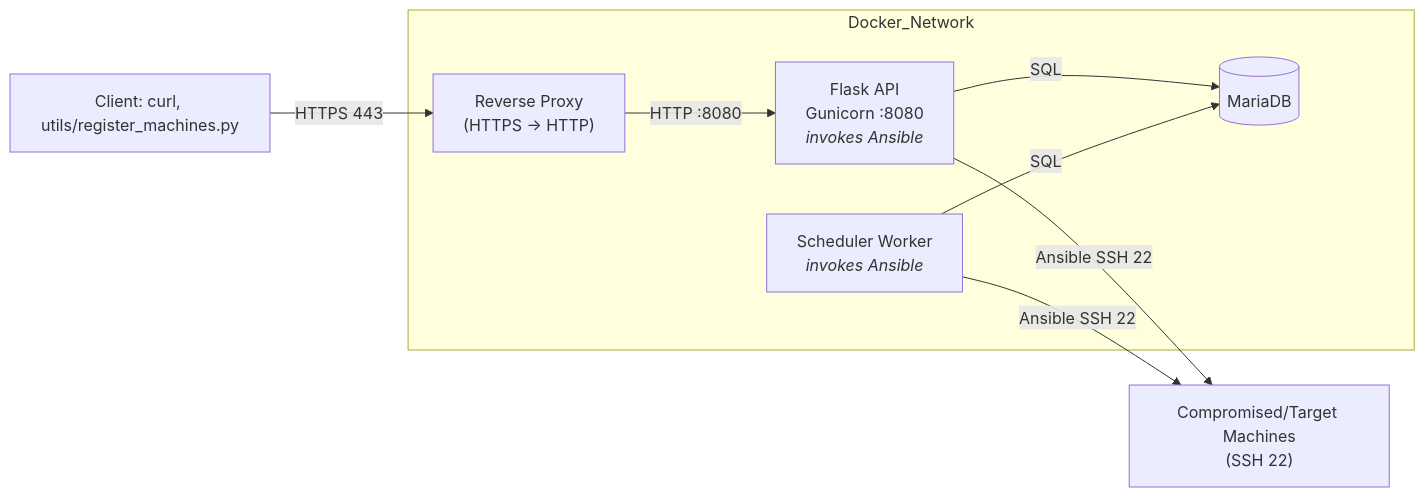
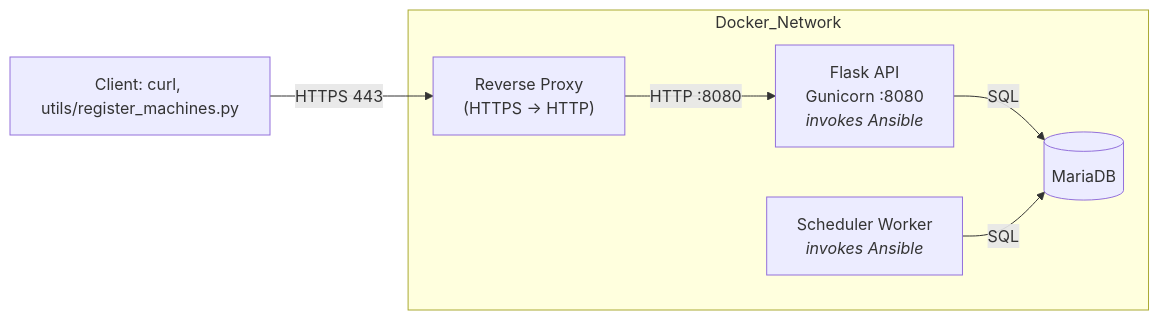
One commit to Jeomhps/projet-IAC changed the diagram in README.md. Above: the diagram before and after it, drawn with Mermaid. The commit also changed other lines of this file, not shown here.

````diff
--- a/README.md
+++ b/README.md
@@ -86,22 +48,17 @@
 ```mermaid
 flowchart LR
   Client["Client: curl, utils/register_machines.py"]
 
   subgraph Docker_Network
     RP["Reverse Proxy<br/>(HTTPS → HTTP)"]
     API["Flask API<br/>Gunicorn :8080<br/><i>invokes Ansible</i>"]
     SCHED["Scheduler Worker<br/><i>invokes Ansible</i>"]
     DB[(MariaDB)]
 
     RP -->|HTTP :8080| API
     API -->|SQL| DB
     SCHED -->|SQL| DB
   end
 
   Client -->|HTTPS 443| RP
-
-  TARGETS["Compromised/Target Machines<br/>(SSH 22)"]
-
-  API -->|Ansible SSH 22| TARGETS
-  SCHED -->|Ansible SSH 22| TARGETS
 ```
````
